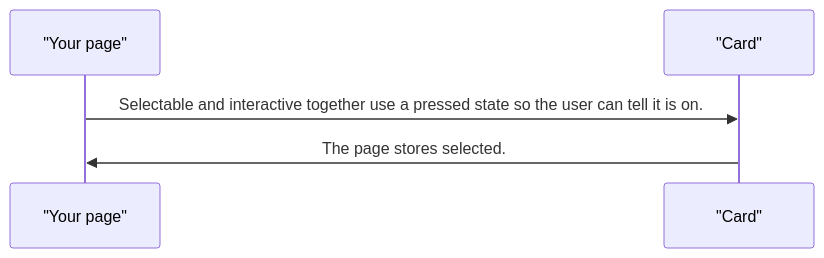
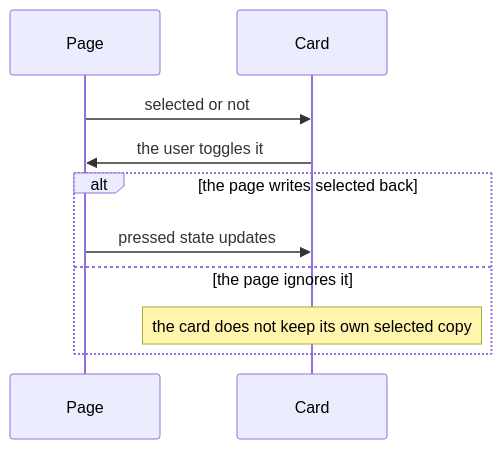
Before and after one commit to RajshekharBorate/pixel-ui: the fourth of 5 diagrams in projects/pixel-ui/src/lib/pixel-card/DESIGN.md, drawn with Mermaid. The commit also changed other lines of this file and 73 other files, not shown here.

Commit message:
Explain who owns each value and what each flow does in every component and service design.

````diff
--- a/projects/pixel-ui/src/lib/pixel-card/DESIGN.md
+++ b/projects/pixel-ui/src/lib/pixel-card/DESIGN.md
@@ -84,7 +104,12 @@
 ```mermaid
 sequenceDiagram
-  participant page as "Your page"
-  participant card as "Card"
-  page->>card: Selectable and interactive together use a pressed state so the user can tell it is on.
-  card->>page: The page stores selected.
+  participant Page
+  participant Card
+  Page->>Card: selected or not
+  Card->>Page: the user toggles it
+  alt the page writes selected back
+    Page->>Card: pressed state updates
+  else the page ignores it
+    Note over Card: the card does not keep its own selected copy
+  end
 ```
````
